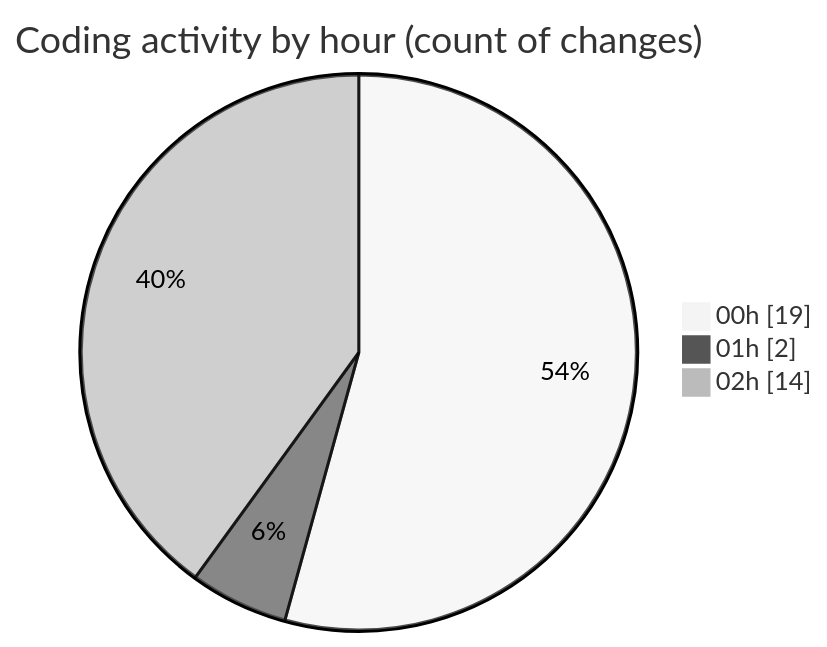
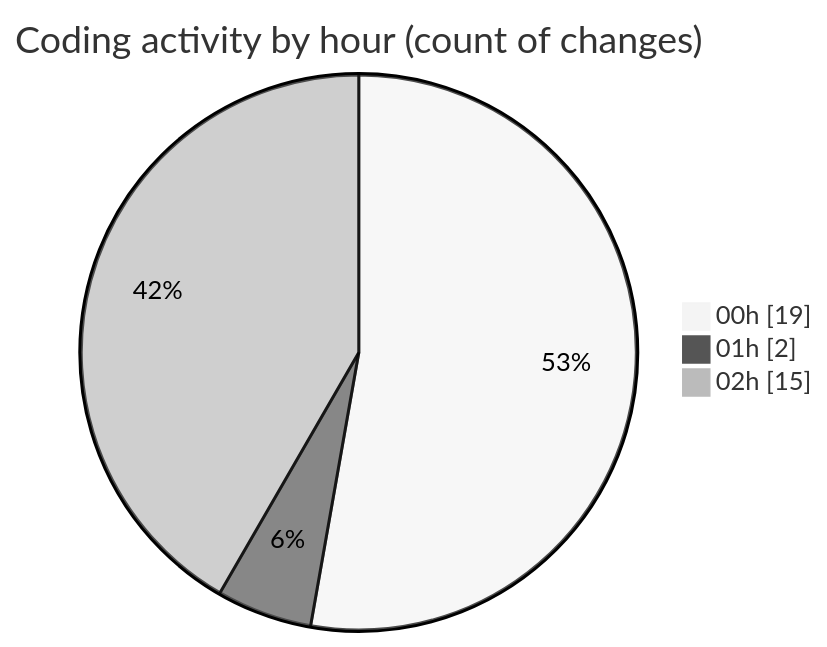
The second of 2 diagrams in 2025-10-21/eventscop-frontend-guide__workspace_/README.md (julien-gomy/code-tracking), drawn with Mermaid (neutral theme) before and after one commit. The commit also changed other lines of this file and 1 other file, not shown here.

````diff
--- a/2025-10-21/eventscop-frontend-guide__workspace_/README.md
+++ b/2025-10-21/eventscop-frontend-guide__workspace_/README.md
@@ -39,7 +39,7 @@
 ```mermaid
 pie showData
 title Coding activity by hour (count of changes)
 "00h" : 19
 "01h" : 2
-"02h" : 14
+"02h" : 15
 ```
````
